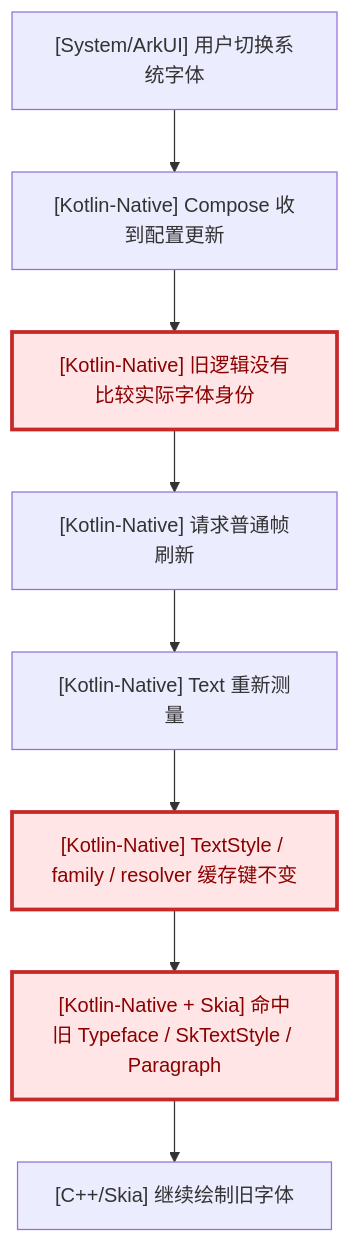
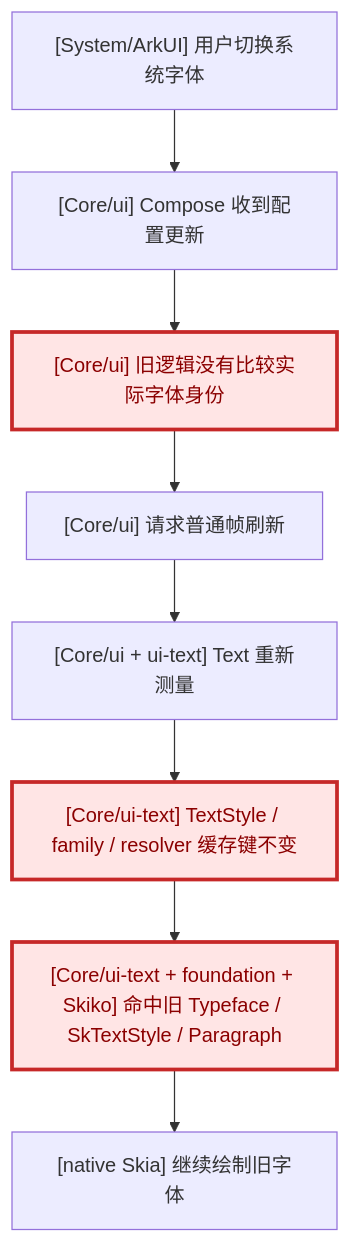
Before and after one commit to jsdegithub/CMP-DOCS: the eighth of 10 diagrams in CMP不跟随系统字体问题-根因与修复思路.md, drawn with Mermaid. The commit also changed other lines of this file, not shown here.

````diff
--- a/CMP不跟随系统字体问题-根因与修复思路.md
+++ b/CMP不跟随系统字体问题-根因与修复思路.md
@@ -448,12 +477,12 @@
 ```mermaid
 flowchart TD
-    A["[System/ArkUI] 用户切换系统字体"] --> B["[Kotlin-Native] Compose 收到配置更新"]
-    B --> C["[Kotlin-Native] 旧逻辑没有比较实际字体身份"]:::problem
-    C --> D["[Kotlin-Native] 请求普通帧刷新"]
-    D --> E["[Kotlin-Native] Text 重新测量"]
-    E --> F["[Kotlin-Native] TextStyle / family / resolver 缓存键不变"]:::problem
-    F --> G["[Kotlin-Native + Skia] 命中旧 Typeface / SkTextStyle / Paragraph"]:::problem
-    G --> H["[C++/Skia] 继续绘制旧字体"]
+    A["[System/ArkUI] 用户切换系统字体"] --> B["[Core/ui] Compose 收到配置更新"]
+    B --> C["[Core/ui] 旧逻辑没有比较实际字体身份"]:::problem
+    C --> D["[Core/ui] 请求普通帧刷新"]
+    D --> E["[Core/ui + ui-text] Text 重新测量"]
+    E --> F["[Core/ui-text] TextStyle / family / resolver 缓存键不变"]:::problem
+    F --> G["[Core/ui-text + foundation + Skiko] 命中旧 Typeface / SkTextStyle / Paragraph"]:::problem
+    G --> H["[native Skia] 继续绘制旧字体"]
 
     classDef problem fill:#ffe5e5,stroke:#c62828,stroke-width:3px,color:#8b0000;
 ```
````
